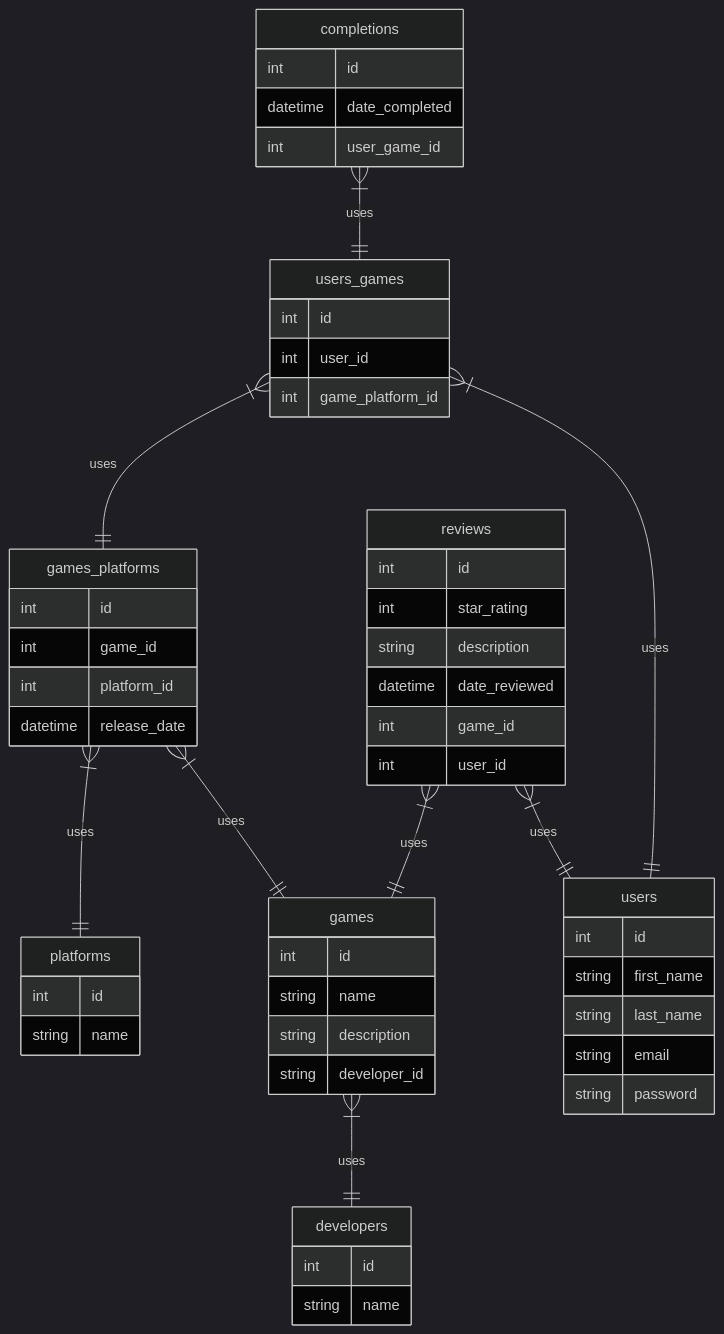
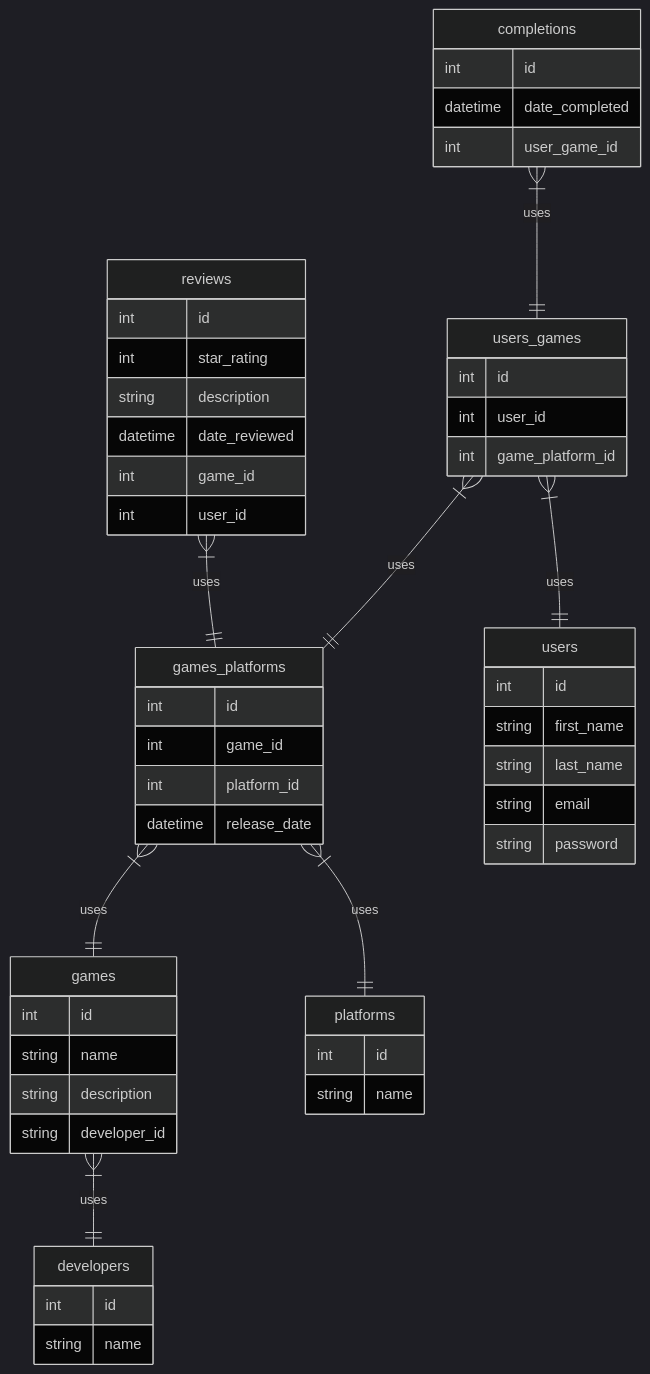
Before and after one commit to Haikira/VGLogger: the second of 2 diagrams in README.md, drawn with Mermaid.

````diff
--- a/README.md
+++ b/README.md
@@ -42,61 +42,60 @@
 ``` mermaid
 %%{init: {'theme': 'dark' } }%%
 
 erDiagram
 
         games {
                 int id
                 string name                
                 string description
                 string developer_id
         }
         platforms {
                 int id
                 string name                
         }
         games_platforms {
                 int id
                 int game_id
                 int platform_id
                 datetime release_date
         }
         users_games {
                 int id
                 int user_id
                 int game_platform_id
         }
         users {
                 int id
                 string first_name
                 string last_name
                 string email
                 string password
         }
         developers {
                 int id
                 string name
         }
         reviews {
                 int id
                 int star_rating
                 string description
                 datetime date_reviewed
                 int game_id
                 int user_id
         }
         completions {
                 int id
                 datetime date_completed
                 int user_game_id
         }
         
         games }|--|| developers: "uses"
         games_platforms }|--|| platforms: "uses"
-        reviews }|--|| games: "uses"
-        reviews }|--|| users: "uses"        
+        reviews }|--|| games_platforms: "uses"       
         completions }|--|| users_games: "uses"
         games_platforms }|--|| games: "uses"
         users_games }|--|| games_platforms: "uses"
         users_games }|--|| users: "uses"
 
 ```
````
